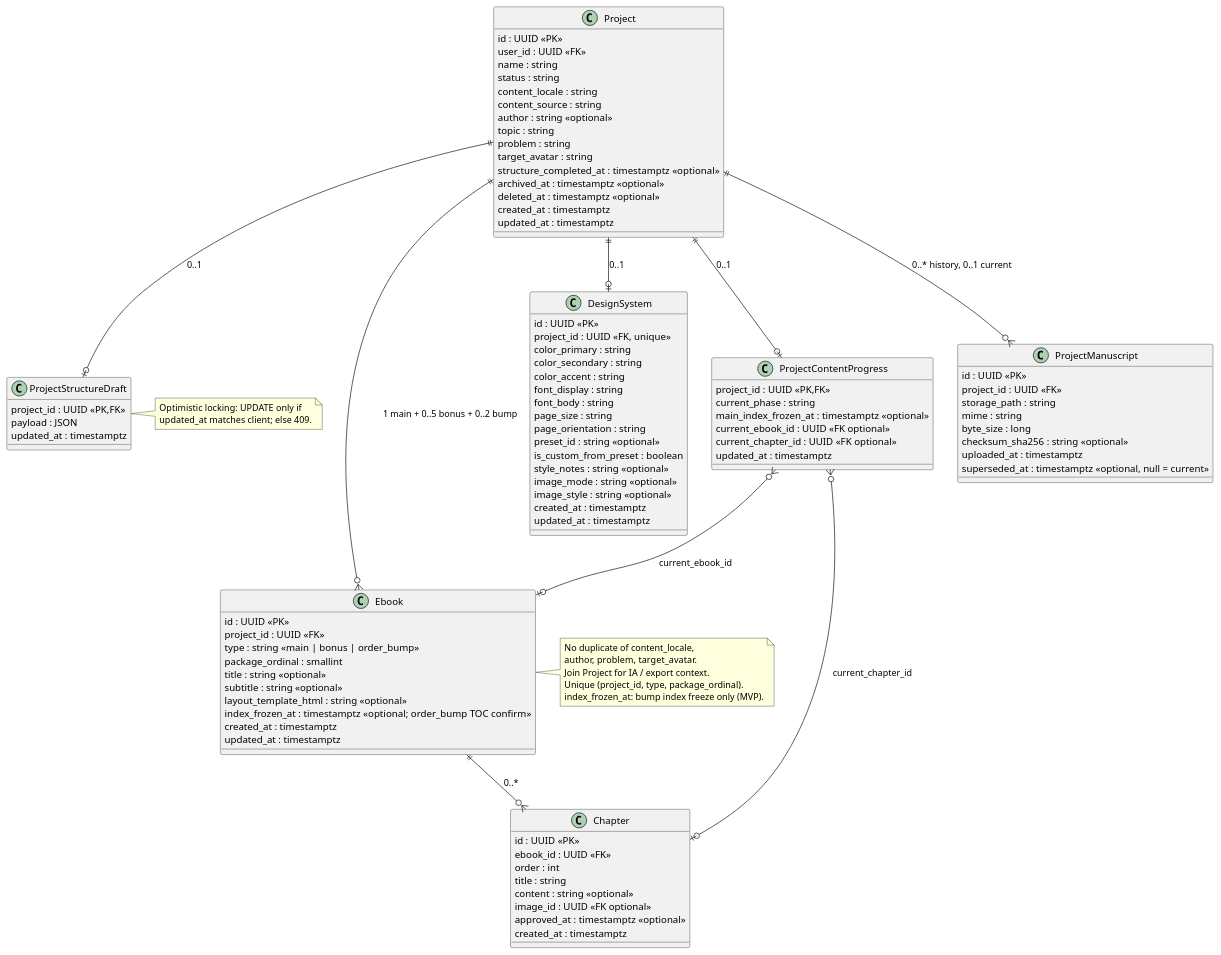
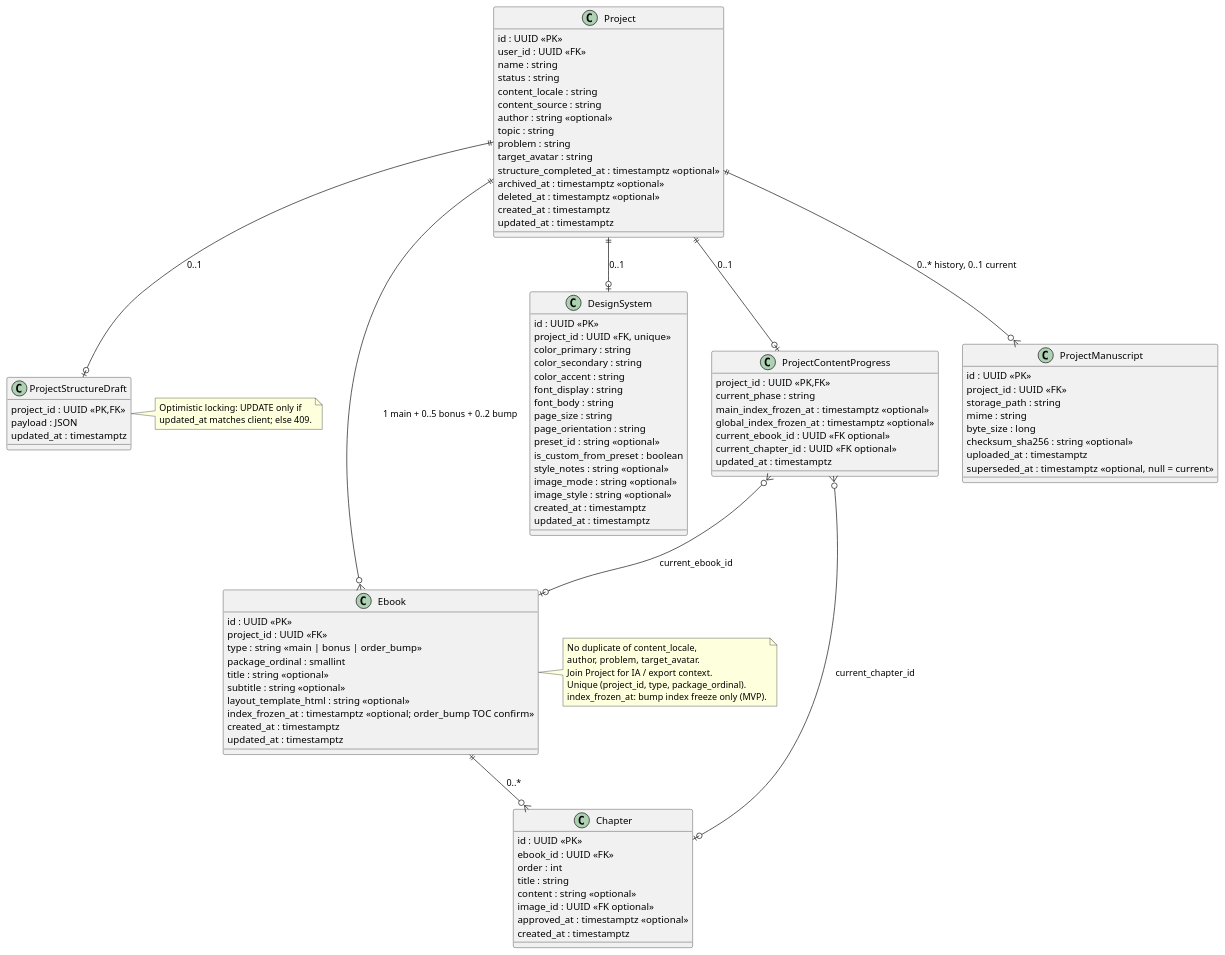
Before and after one commit to Digital-Craft-AR/OBRA_APP: the second of 2 diagrams in docs/architecture/project-ebook-data-model.md, drawn with PlantUML. The commit also changed other lines of this file and 11 other files, not shown here.

First line of the commit message:
feat(content): global index confirmation and unified chapter flow

```diff
--- a/docs/architecture/project-ebook-data-model.md
+++ b/docs/architecture/project-ebook-data-model.md
@@ -209,6 +210,7 @@
   project_id : UUID <<PK,FK>>
   current_phase : string
   main_index_frozen_at : timestamptz <<optional>>
+  global_index_frozen_at : timestamptz <<optional>>
   current_ebook_id : UUID <<FK optional>>
   current_chapter_id : UUID <<FK optional>>
   updated_at : timestamptz
```
